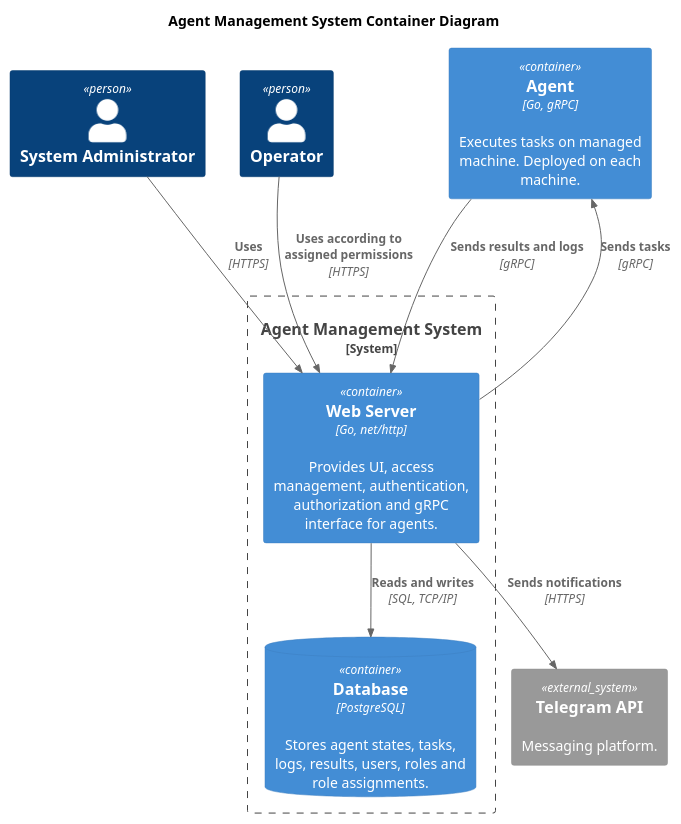
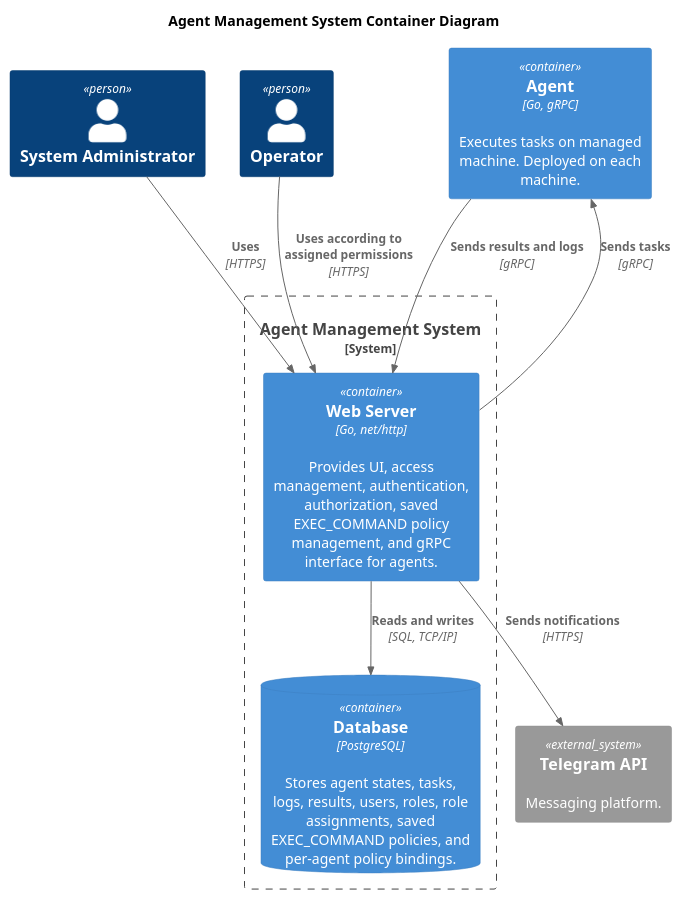
Before and after one commit to azheval/agents_management: the diagram in docs/C4_Container.puml, drawn with PlantUML. The commit also changed 25 other files, not shown here.

Commit message:
feat: add exec_command policies

```diff
--- a/docs/C4_Container.puml
+++ b/docs/C4_Container.puml
@@ -1,25 +1,25 @@
 @startuml C4_Container
 !include https://raw.githubusercontent.com/plantuml-stdlib/C4-PlantUML/master/C4_Container.puml
 
 title Agent Management System Container Diagram
 
 Person(admin, "System Administrator")
 Person(operator, "Operator")
 
 System_Boundary(c1, "Agent Management System") {
-    Container(web_server, "Web Server", "Go, net/http", "Provides UI, access management, authentication, authorization and gRPC interface for agents.")
-    ContainerDb(database, "Database", "PostgreSQL", "Stores agent states, tasks, logs, results, users, roles and role assignments.")
+    Container(web_server, "Web Server", "Go, net/http", "Provides UI, access management, authentication, authorization, saved EXEC_COMMAND policy management, and gRPC interface for agents.")
+    ContainerDb(database, "Database", "PostgreSQL", "Stores agent states, tasks, logs, results, users, roles, role assignments, saved EXEC_COMMAND policies, and per-agent policy bindings.")
 }
 
 Container(agent, "Agent", "Go, gRPC", "Executes tasks on managed machine. Deployed on each machine.")
 
 System_Ext(telegram, "Telegram API", "Messaging platform.")
 
 Rel(admin, web_server, "Uses", "HTTPS")
 Rel(operator, web_server, "Uses according to assigned permissions", "HTTPS")
 Rel(web_server, database, "Reads and writes", "SQL, TCP/IP")
 Rel(web_server, agent, "Sends tasks", "gRPC")
 Rel(agent, web_server, "Sends results and logs", "gRPC")
 Rel(web_server, telegram, "Sends notifications", "HTTPS")
 
 @enduml
```
